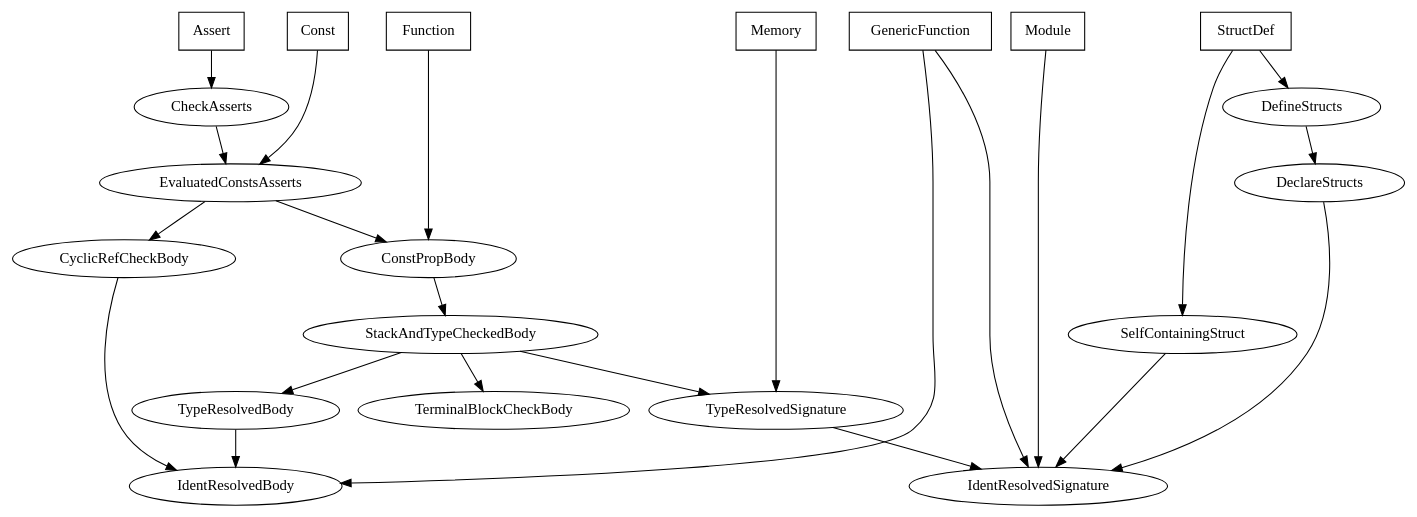
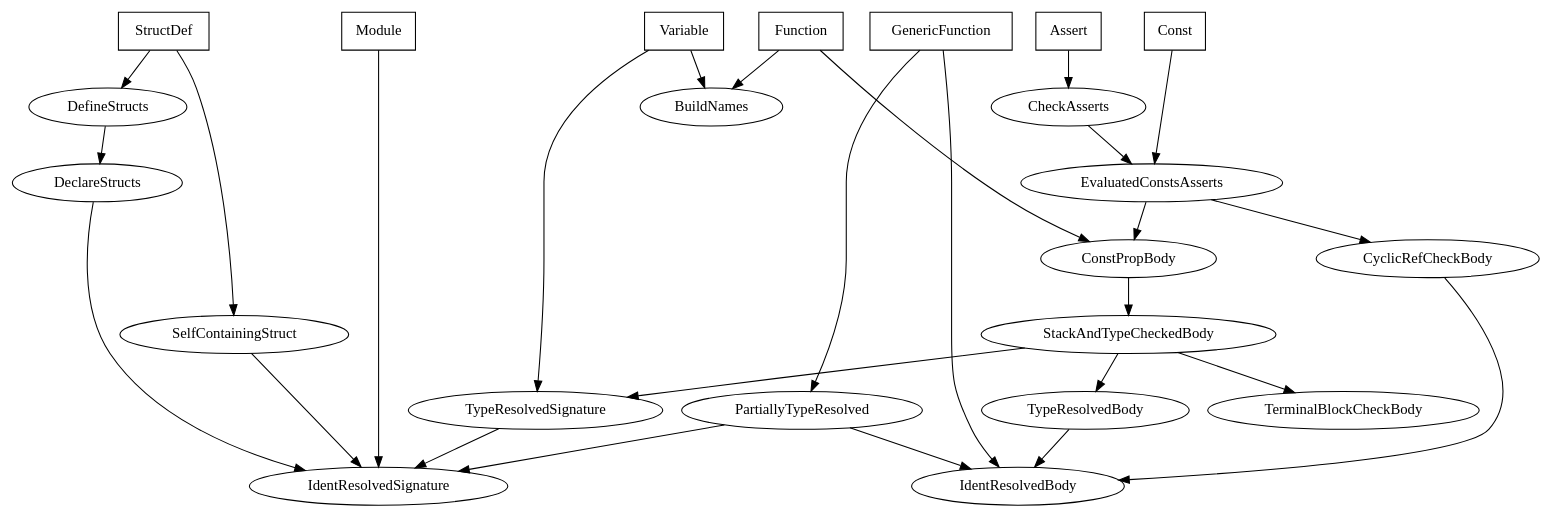
The diagram in pass_dep_graph.dot (Measter/MFL), drawn with Graphviz before and after one commit. The commit also changed 11 other files, not shown here.

Commit message:
MFL: Implement type inference for generic function calls.

```diff
--- a/pass_dep_graph.dot
+++ b/pass_dep_graph.dot
@@ -1,57 +1,69 @@
 strict digraph {
     subgraph passes {
         label = "Passes";
 
-        IdentResolvedSignature;
-        IdentResolvedBody;
-        DeclareStructs;
-        TypeResolvedSignature;
-        TypeResolvedBody;
-        CyclicRefCheckBody;
-        DefineStructs;
-        SelfContainingStruct;
-        TerminalBlockCheckBody;
-        StackAndTypeCheckedBody;
-        ConstPropBody;
-        EvaluatedConstsAsserts;
-        CheckAsserts;
+        BuildNames,
+        CheckAsserts,
+        ConstPropBody,
+        CyclicRefCheckBody,
+
+        DeclareStructs,
+        DefineStructs,
+        EvaluatedConstsAsserts,
+        IdentResolvedBody,
+
+        IdentResolvedSignature,
+        PartiallyTypeResolved,
+        SelfContainingStruct,
+        StackAndTypeCheckedBody,
+
+        TerminalBlockCheckBody,
+        TypeResolvedBody,
+        TypeResolvedSignature
     }
 
     subgraph items {
         rank = same;
         node [shape = "box"]
         label = "Items";
 
         Module;
         StructDef;
-        Memory;
+        Variable;
         GenericFunction;
         Assert;
         Const;
         Function;
     }
 
+    CheckAsserts -> EvaluatedConstsAsserts;
+    ConstPropBody -> StackAndTypeCheckedBody;
+    CyclicRefCheckBody -> IdentResolvedBody;
+
     DeclareStructs -> IdentResolvedSignature;
-    TypeResolvedSignature -> IdentResolvedSignature;
-    TypeResolvedBody -> IdentResolvedBody;
     DefineStructs -> DeclareStructs;
+    EvaluatedConstsAsserts -> CyclicRefCheckBody;
+    EvaluatedConstsAsserts -> ConstPropBody;
+
+    PartiallyTypeResolved -> IdentResolvedBody;
+    PartiallyTypeResolved -> IdentResolvedSignature;
     SelfContainingStruct -> IdentResolvedSignature;
-    CyclicRefCheckBody -> IdentResolvedBody;
     StackAndTypeCheckedBody -> TypeResolvedSignature;
     StackAndTypeCheckedBody -> TypeResolvedBody;
     StackAndTypeCheckedBody -> TerminalBlockCheckBody;
-    ConstPropBody -> StackAndTypeCheckedBody;
-    EvaluatedConstsAsserts -> CyclicRefCheckBody;
-    EvaluatedConstsAsserts -> ConstPropBody;
-    CheckAsserts -> EvaluatedConstsAsserts;
+
+    TypeResolvedBody -> IdentResolvedBody;
+    TypeResolvedSignature -> IdentResolvedSignature;
 
     Module -> IdentResolvedSignature;
+    StructDef -> DefineStructs;
     StructDef -> SelfContainingStruct;
-    StructDef -> DefineStructs;
-    Memory -> TypeResolvedSignature;
-    GenericFunction -> IdentResolvedSignature;
+    Variable -> BuildNames;
+    Variable -> TypeResolvedSignature;
     GenericFunction -> IdentResolvedBody;
+    GenericFunction -> PartiallyTypeResolved;
     Assert -> CheckAsserts;
     Const -> EvaluatedConstsAsserts;
+    Function -> BuildNames;
     Function -> ConstPropBody;
 }
```
